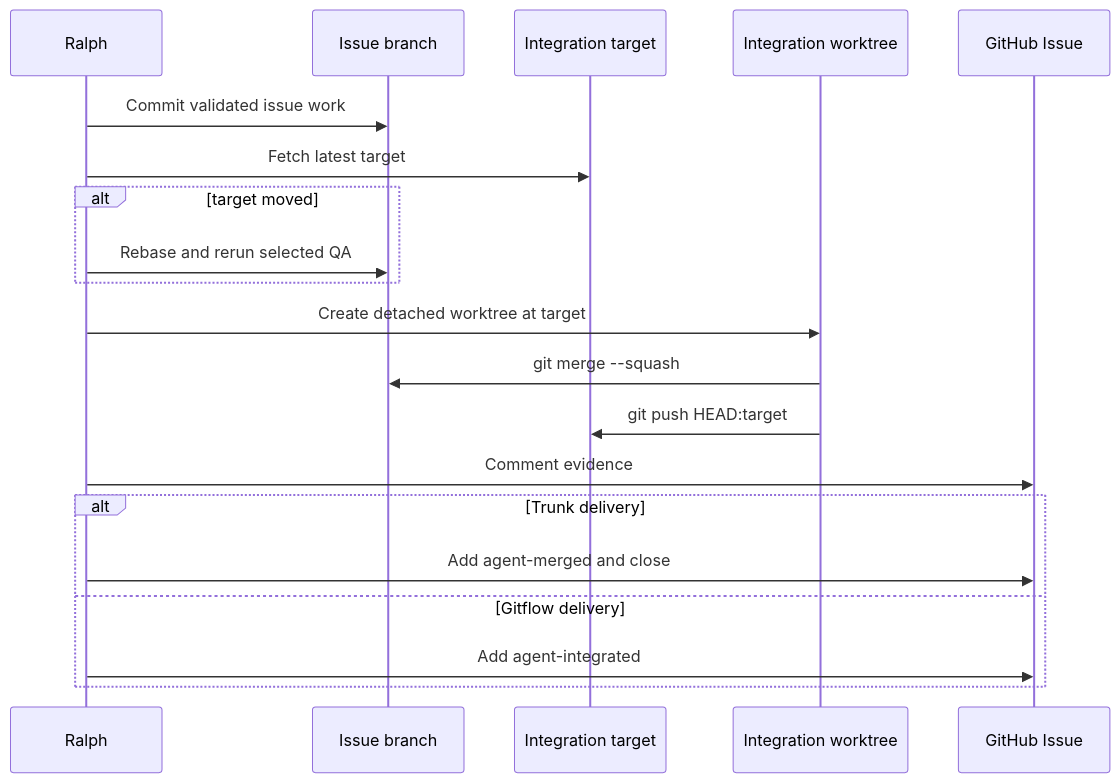
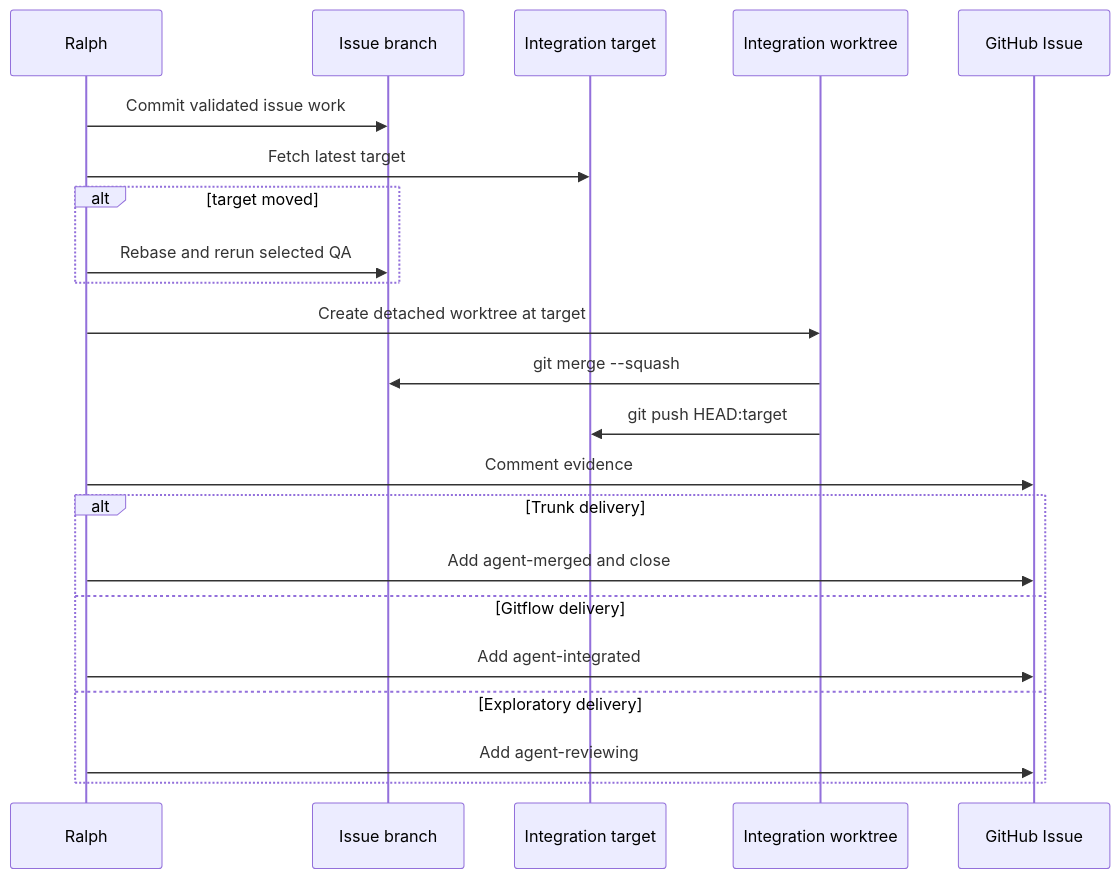
Before and after one commit to Chr1sC0de/energy-market-delta-lake: the second of 2 diagrams in docs/agents/ralph-loop.md, drawn with Mermaid. The commit also changed other lines of this file and 11 other files, not shown here.

Commit message:
Implement issue #88: Add Exploratory delivery labels and mode resolution

````diff
--- a/docs/agents/ralph-loop.md
+++ b/docs/agents/ralph-loop.md
@@ -381,23 +405,25 @@
 ```mermaid
 sequenceDiagram
   participant Ralph
   participant IssueBranch as Issue branch
   participant Target as Integration target
   participant Integration as Integration worktree
   participant GitHubIssue as GitHub Issue
 
   Ralph->>IssueBranch: Commit validated issue work
   Ralph->>Target: Fetch latest target
   alt target moved
     Ralph->>IssueBranch: Rebase and rerun selected QA
   end
   Ralph->>Integration: Create detached worktree at target
   Integration->>IssueBranch: git merge --squash
   Integration->>Target: git push HEAD:target
   Ralph->>GitHubIssue: Comment evidence
   alt Trunk delivery
     Ralph->>GitHubIssue: Add agent-merged and close
   else Gitflow delivery
     Ralph->>GitHubIssue: Add agent-integrated
+  else Exploratory delivery
+    Ralph->>GitHubIssue: Add agent-reviewing
   end
 ```
````
